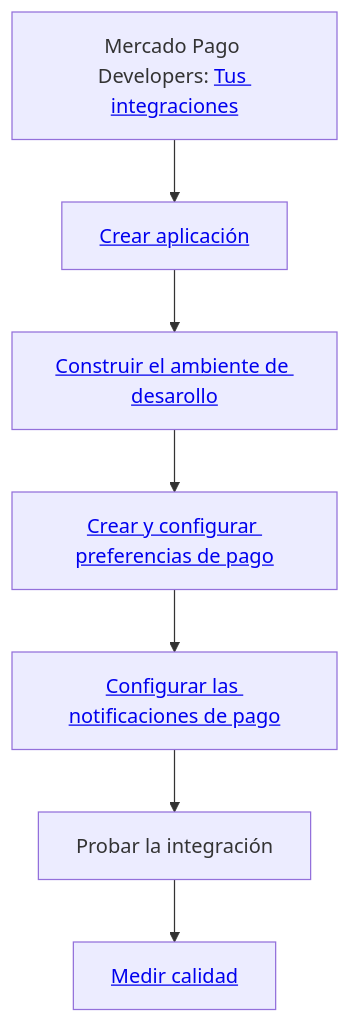
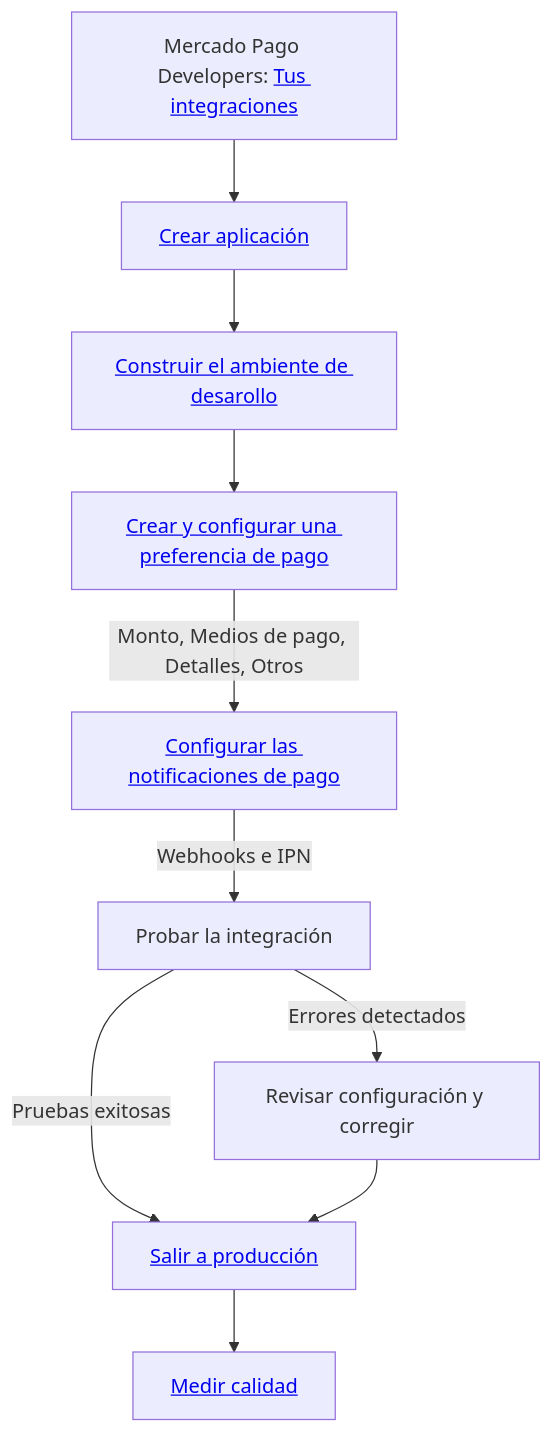
One commit to 22Neves/devsite-docs changed the diagram in guides/checkout-pro/overview.es.md. Above: the diagram before and after it, drawn with Mermaid. The commit also changed other lines of this file and 2 other files, not shown here.

```diff
--- a/guides/checkout-pro/overview.es.md
+++ b/guides/checkout-pro/overview.es.md
@@ -167,9 +165,12 @@
-    <pre class="mermaid">
-    flowchart TD
-        A["Mercado Pago Developers: <a href='https://www.mercadopago.com/developers/panel/app' target="blank">Tus integraciones</a>"] --> B[<a href='https://www.mercadopago.com/developers/es/docs/checkout-pro/create-application' target="blank">Crear aplicación</a>]
-        B --> C[<a href='https://www.mercadopago.com/developers/es/docs/checkout-pro/configure-development-enviroment' target="blank">Construir el ambiente de desarollo</a>]
-        C --> D[<a href='https://www.mercadopago.com/developers/es/docs/checkout-pro/create-payment-preference' target="blank">Crear y configurar preferencias de pago</a>]
-        D --> F[<a href='https://www.mercadopago.com/developers/es/docs/checkout-pro/payment-notifications' target="blank">Configurar las notificaciones de pago</a>]
-        F --> E["Probar la integración"]
-        E --> J[<a href='https://www.mercadopago.com/developers/es/docs/checkout-pro/how-tos/integration-quality' target="blank">Medir calidad</a>]
-    </pre>
+<pre class="mermaid">
+flowchart TD
+    A["Mercado Pago Developers: <a href='https://www.mercadopago.com.br/developers/panel/app' target="blank">Tus integraciones</a>"] --> B[<a href='https://www.mercadopago.com.br/developers/pt/docs/checkout-pro/create-application' target="blank">Crear aplicación</a>]
+    B --> C[<a href='https://www.mercadopago.com.br/developers/pt/docs/checkout-pro/configure-development-enviroment' target="blank">Construir el ambiente de desarollo</a>]
+    C --> D[<a href='https://www.mercadopago.com.br/developers/pt/docs/checkout-pro/create-payment-preference' target="blank">Crear y configurar una preferencia de pago</a>]
+    D -- Monto, Medios de pago, Detalles, Otros --> F[<a href='https://www.mercadopago.com.br/developers/pt/docs/checkout-pro/payment-notifications' target="blank">Configurar las notificaciones de pago</a>]
+    F -- Webhooks e IPN --> E["Probar la integración"]
+    E -- Pruebas exitosas --> H[<a href='https://www.mercadopago.com.br/developers/pt/docs/checkout-pro/go-to-production' target="blank">Salir a producción</a>]
+    E -- Errores detectados --> I["Revisar configuración y corregir"]
+    I --> H
+H --> J[<a href='https://www.mercadopago.com.br/developers/pt/docs/checkout-pro/how-tos/integration-quality' target="blank">Medir calidad</a>]
+</pre>
```
